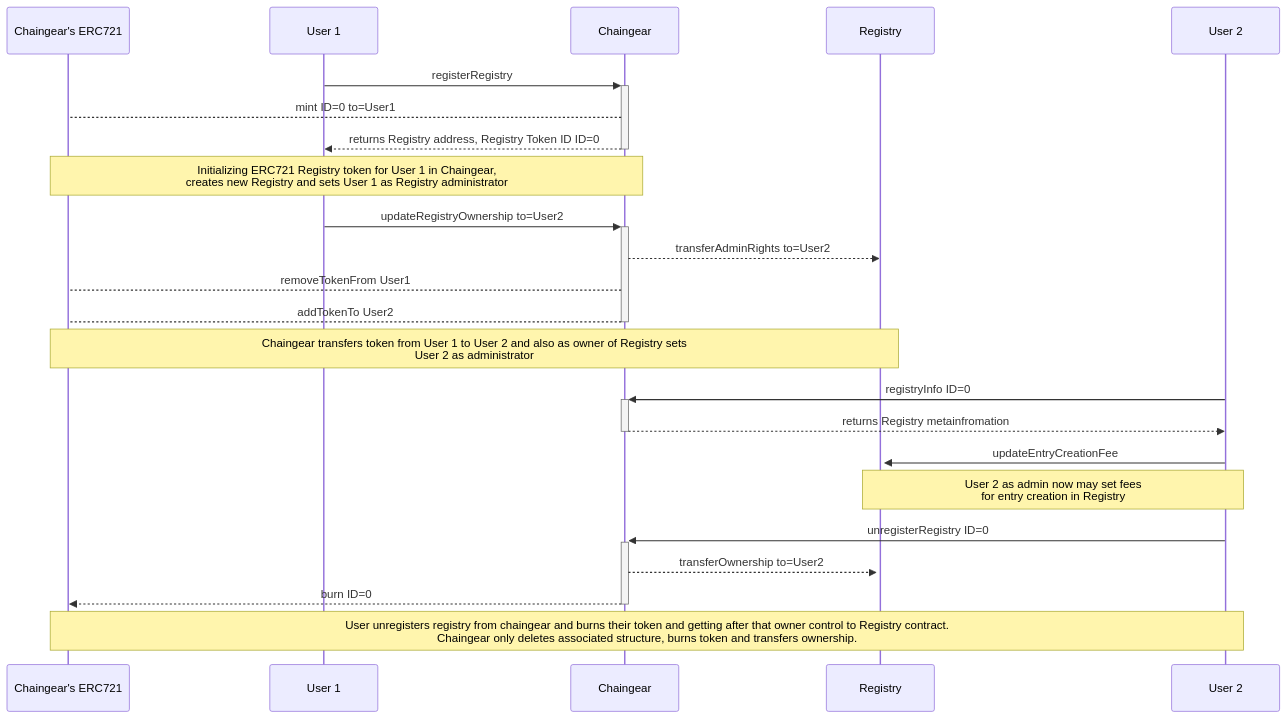
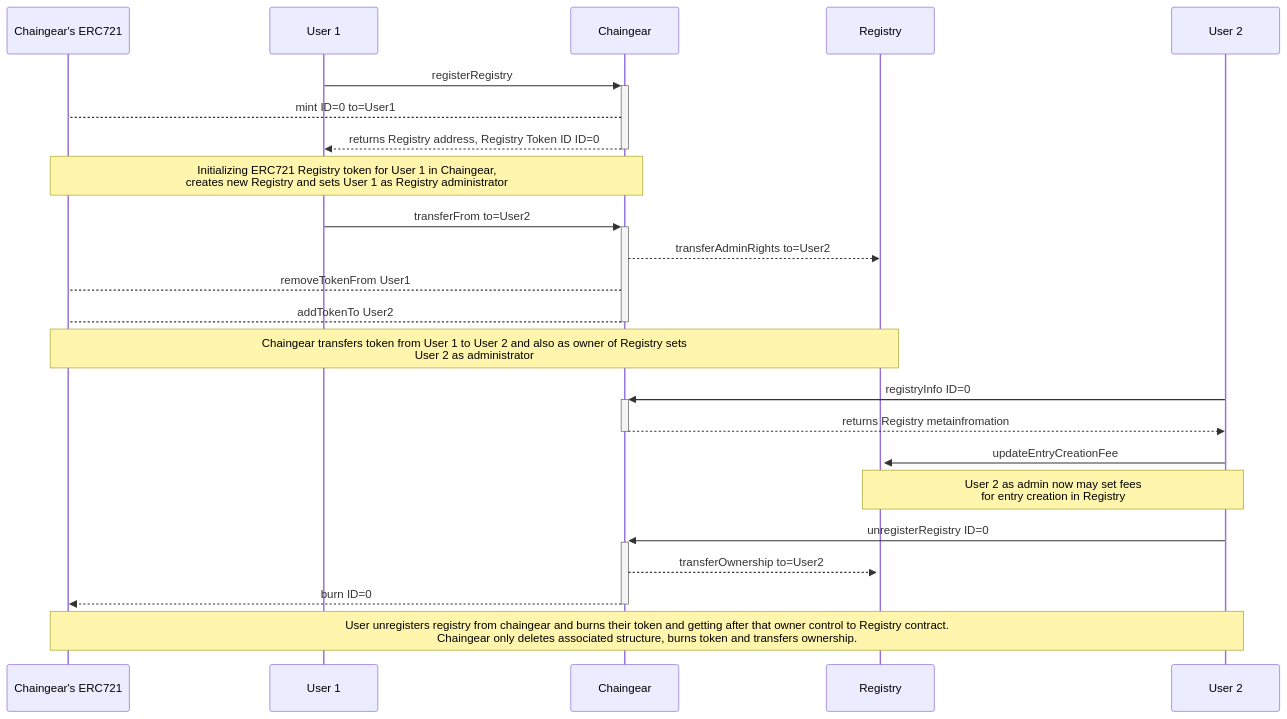
The diagram in docs/mermaid/origin/pipelines-chaingear_tokenized.mmd (cybercongress/chaingear), drawn with Mermaid before and after one commit. The commit also changed 22 other files, not shown here.

```diff
--- a/docs/mermaid/origin/pipelines-chaingear_tokenized.mmd
+++ b/docs/mermaid/origin/pipelines-chaingear_tokenized.mmd
@@ -1,29 +1,29 @@
 sequenceDiagram
     participant 721 as Chaingear's ERC721
     participant U1 as User 1
     participant CC as Chaingear
     participant R as Registry
     participant U2 as User 2
 
     
     U1->>+CC: registerRegistry
     CC-->721: mint ID=0 to=User1
     CC-->>-U1: returns Registry address, Registry Token ID ID=0
     Note over 721, CC: Initializing ERC721 Registry token for User 1 in Chaingear, <br/> creates new Registry and sets User 1 as Registry administrator
     
-    U1->>+CC: updateRegistryOwnership to=User2
+    U1->>+CC: transferFrom to=User2
     CC-->>R: transferAdminRights to=User2
     CC-->721: removeTokenFrom User1
     CC-->-721: addTokenTo User2
     Note over 721, R: Chaingear transfers token from User 1 to User 2 and also as owner of Registry sets <br/> User 2 as administrator
     
     U2->>+CC: registryInfo ID=0
     CC-->>-U2: returns Registry metainfromation
     
     U2->>+R: updateEntryCreationFee
     Note over U2, R: User 2 as admin now may set fees <br/> for entry creation in Registry
     
     U2->>+CC: unregisterRegistry ID=0
     CC-->>R: transferOwnership to=User2
     CC-->>-721: burn ID=0
     Note over 721, U2: User unregisters registry from chaingear and burns their token and getting after that owner control to Registry contract. <br/> Chaingear only deletes associated structure, burns token and transfers ownership.
```
